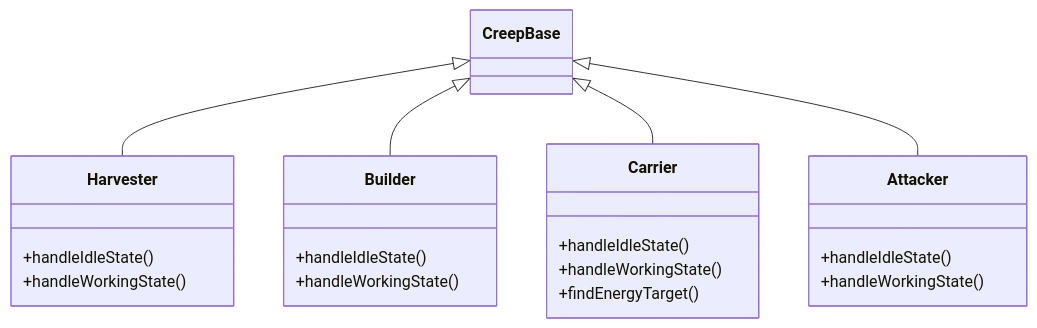
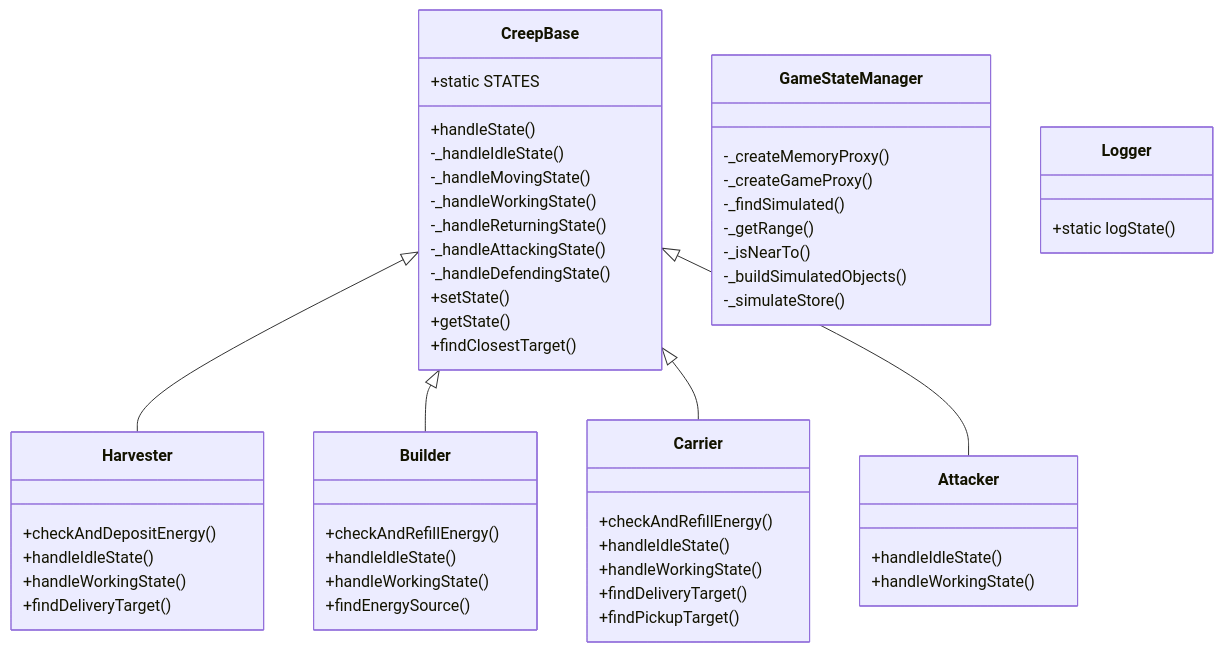
One commit to ekolvah/screeps changed the diagram in architecture.md. Above: the diagram before and after it, drawn with Mermaid. The commit also changed other lines of this file and 9 other files, not shown here.

````diff
--- a/architecture.md
+++ b/architecture.md
@@ -110,25 +9,55 @@
 ```mermaid
 classDiagram
     CreepBase <|-- Harvester
     CreepBase <|-- Builder
     CreepBase <|-- Carrier
     CreepBase <|-- Attacker
-    
+    class GameStateManager {
+        -_createMemoryProxy()
+        -_createGameProxy()
+        -_findSimulated()
+        -_getRange()
+        -_isNearTo()
+        -_buildSimulatedObjects()
+        -_simulateStore()
+    }
+    class CreepBase {
+        +static STATES
+        +handleState()
+        -_handleIdleState()
+        -_handleMovingState()
+        -_handleWorkingState()
+        -_handleReturningState()
+        -_handleAttackingState()
+        -_handleDefendingState()
+        +setState()
+        +getState()
+        +findClosestTarget()
+    }
     class Harvester {
+        +checkAndDepositEnergy()
         +handleIdleState()
         +handleWorkingState()
+        +findDeliveryTarget()
     }
     class Builder {
+        +checkAndRefillEnergy()
         +handleIdleState()
         +handleWorkingState()
+        +findEnergySource()
     }
     class Carrier {
+        +checkAndRefillEnergy()
         +handleIdleState()
         +handleWorkingState()
-        +findEnergyTarget()
+        +findDeliveryTarget()
+        +findPickupTarget()
     }
     class Attacker {
         +handleIdleState()
         +handleWorkingState()
     }
+    class Logger {
+        +static logState()
+    }
 ```
````
